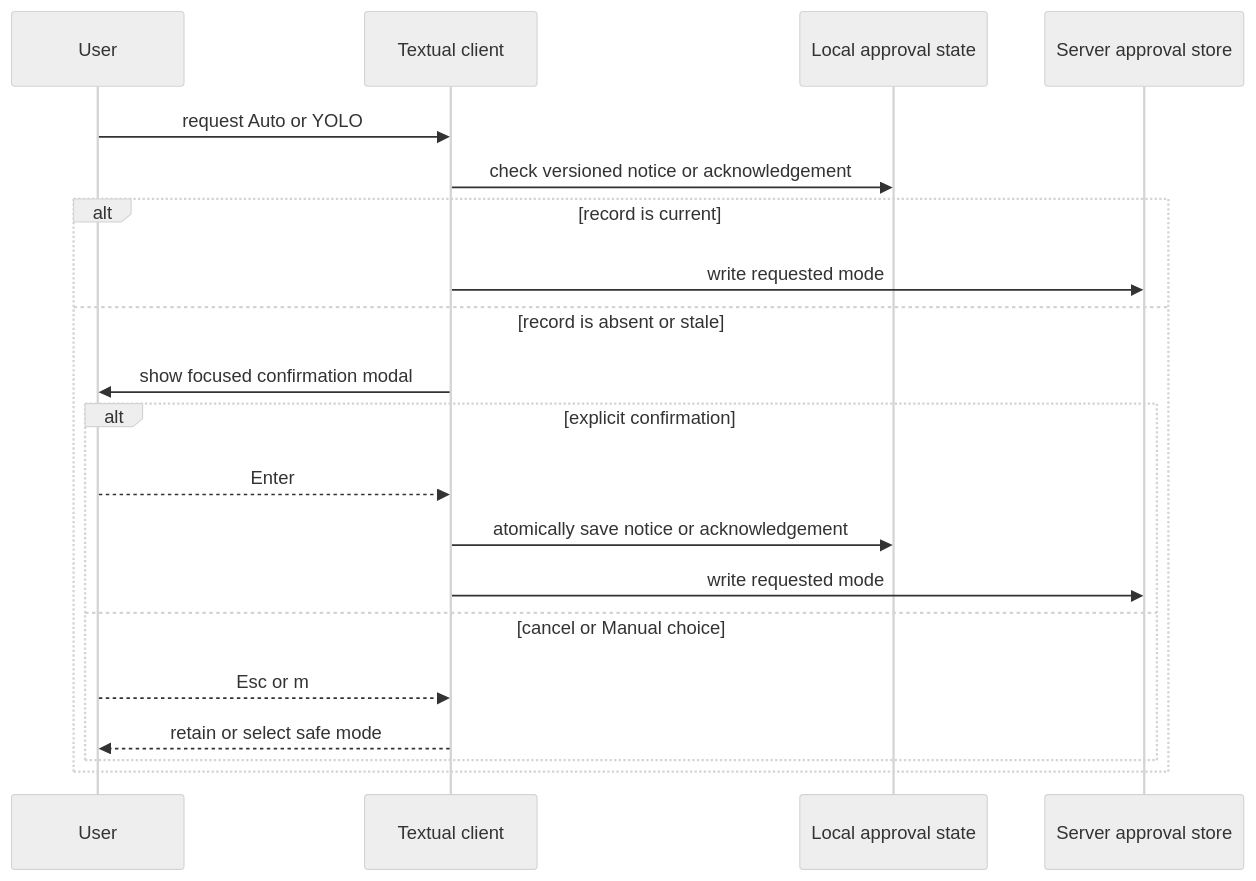
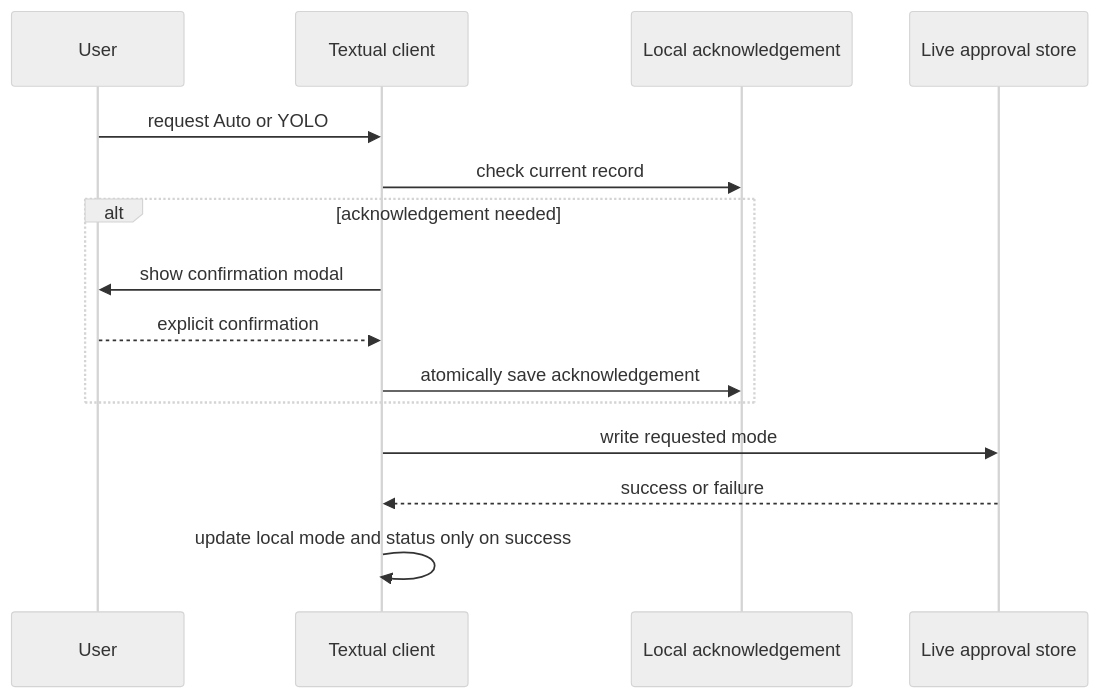
One commit to langchain-ai/deepagents changed the third of 3 diagrams in openwiki/architecture/code-agent.md. Above: the diagram before and after it, drawn with Mermaid (neutral theme). The commit also changed other lines of this file and 47 other files, not shown here.

````diff
--- a/openwiki/architecture/code-agent.md
+++ b/openwiki/architecture/code-agent.md
@@ -140,22 +115,17 @@
 ```mermaid
 sequenceDiagram
     participant User
     participant TUI as Textual client
-    participant Local as Local approval state
-    participant Live as Server approval store
+    participant Local as Local acknowledgement
+    participant Live as Live approval store
     User->>TUI: request Auto or YOLO
-    TUI->>Local: check versioned notice or acknowledgement
-    alt record is current
-        TUI->>Live: write requested mode
-    else record is absent or stale
-        TUI->>User: show focused confirmation modal
-        alt explicit confirmation
-            User-->>TUI: Enter
-            TUI->>Local: atomically save notice or acknowledgement
-            TUI->>Live: write requested mode
-        else cancel or Manual choice
-            User-->>TUI: Esc or m
-            TUI-->>User: retain or select safe mode
-        end
+    TUI->>Local: check current record
+    alt acknowledgement needed
+        TUI->>User: show confirmation modal
+        User-->>TUI: explicit confirmation
+        TUI->>Local: atomically save acknowledgement
     end
+    TUI->>Live: write requested mode
+    Live-->>TUI: success or failure
+    TUI->>TUI: update local mode and status only on success
 ```
````
